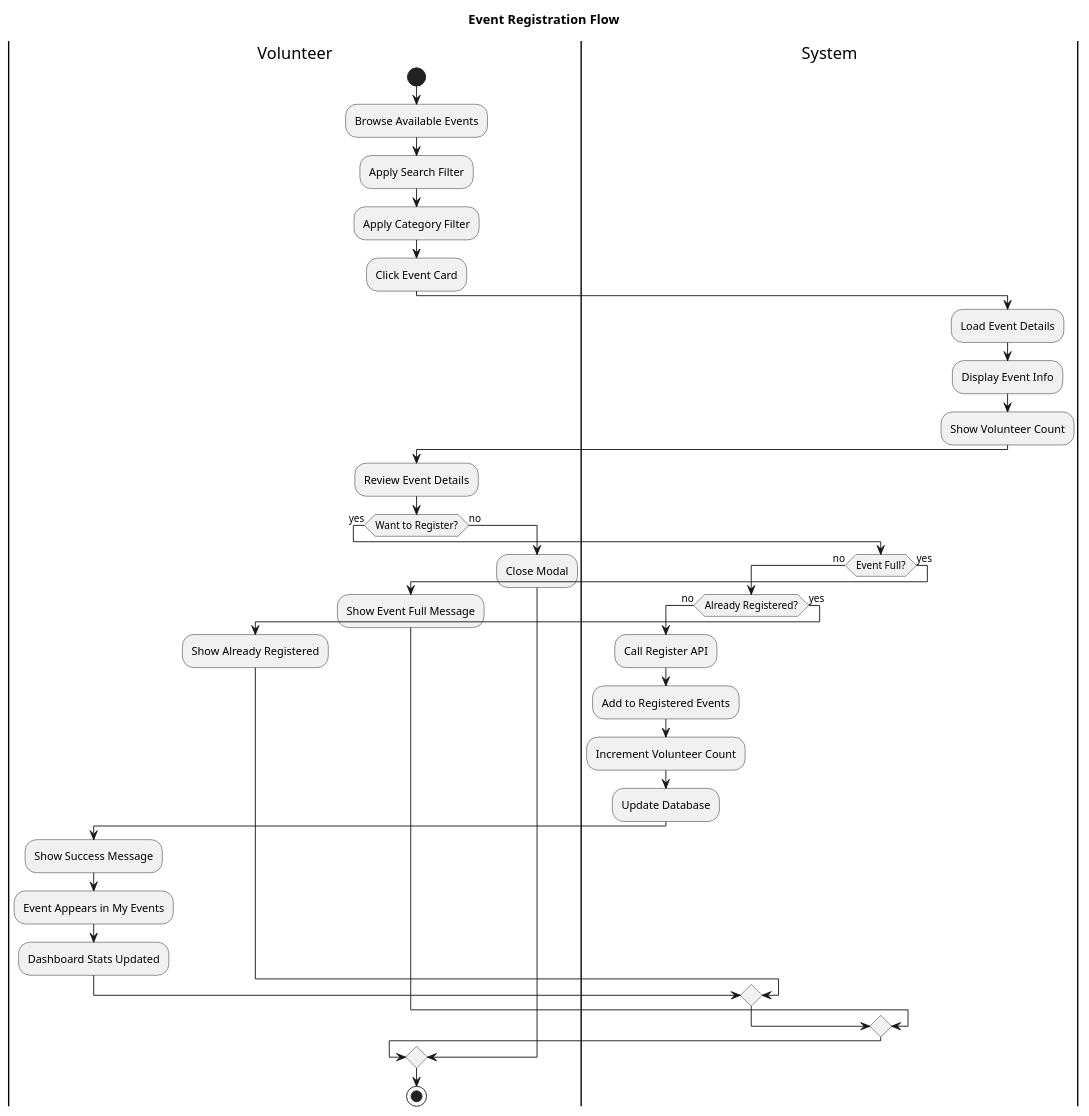
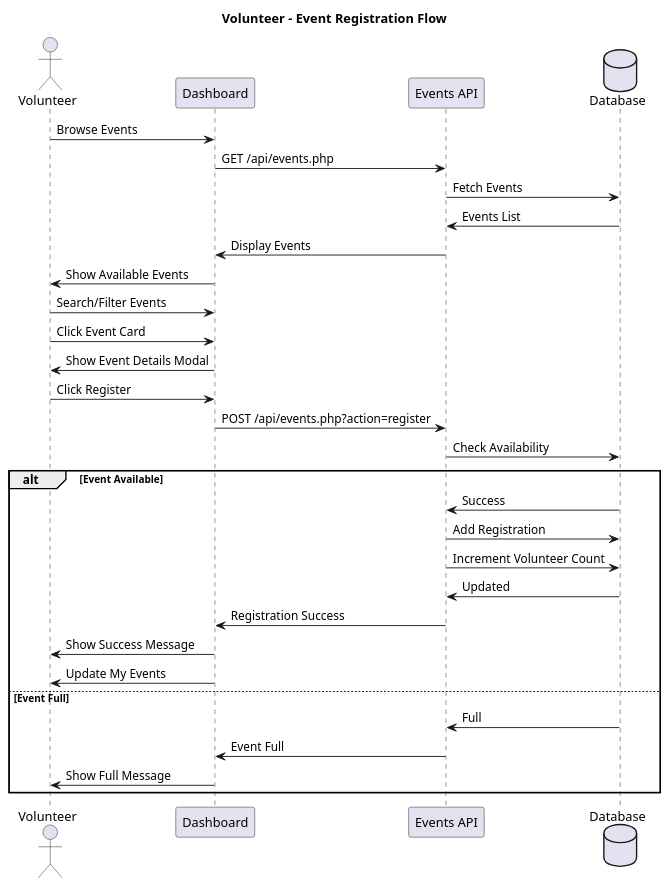
Before and after one commit to Llego-250/volunteerHub: the second of 8 diagrams in flow_diagrams.puml, drawn with PlantUML. The commit also changed other lines of this file, not shown here.

Commit message:
flow diagram

```diff
--- a/flow_diagrams.puml
+++ b/flow_diagrams.puml
@@ -139,42 +48,37 @@
-@startuml EventRegistrationFlow
-title Event Registration Flow
+@startuml
+title Volunteer - Event Registration Flow
 
-|Volunteer|
-start
-:Browse Available Events;
-:Apply Search Filter;
-:Apply Category Filter;
-:Click Event Card;
+actor Volunteer
+participant "Dashboard" as VD
+participant "Events API" as API
+database "Database" as DB
 
-|System|
-:Load Event Details;
-:Display Event Info;
-:Show Volunteer Count;
+Volunteer -> VD: Browse Events
+VD -> API: GET /api/events.php
+API -> DB: Fetch Events
+DB -> API: Events List
+API -> VD: Display Events
+VD -> Volunteer: Show Available Events
 
-|Volunteer|
-:Review Event Details;
+Volunteer -> VD: Search/Filter Events
+Volunteer -> VD: Click Event Card
+VD -> Volunteer: Show Event Details Modal
 
-if (Want to Register?) then (yes)
-  |System|
-  if (Event Full?) then (no)
-    if (Already Registered?) then (no)
-      :Call Register API;
-      :Add to Registered Events;
-      :Increment Volunteer Count;
-      :Update Database;
-      |Volunteer|
-      :Show Success Message;
-      :Event Appears in My Events;
-      :Dashboard Stats Updated;
-    else (yes)
-      :Show Already Registered;
-    endif
-  else (yes)
-    :Show Event Full Message;
-  endif
-else (no)
-  :Close Modal;
-endif
+Volunteer -> VD: Click Register
+VD -> API: POST /api/events.php?action=register
+API -> DB: Check Availability
+alt Event Available
+    DB -> API: Success
+    API -> DB: Add Registration
+    API -> DB: Increment Volunteer Count
+    DB -> API: Updated
+    API -> VD: Registration Success
+    VD -> Volunteer: Show Success Message
+    VD -> Volunteer: Update My Events
+else Event Full
+    DB -> API: Full
+    API -> VD: Event Full
+    VD -> Volunteer: Show Full Message
+end
 
-stop
 @enduml
```
